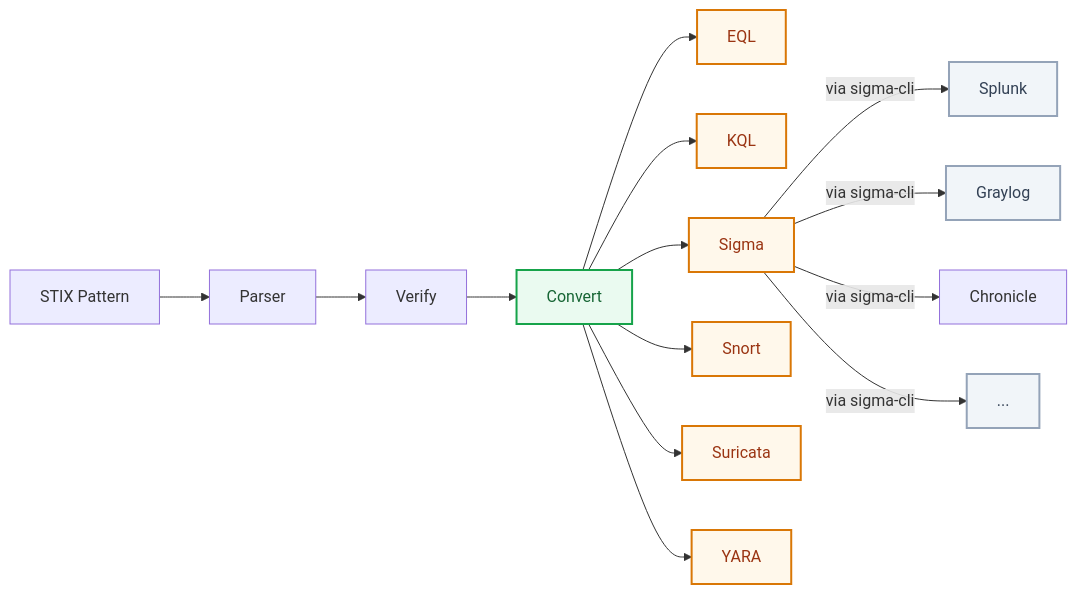
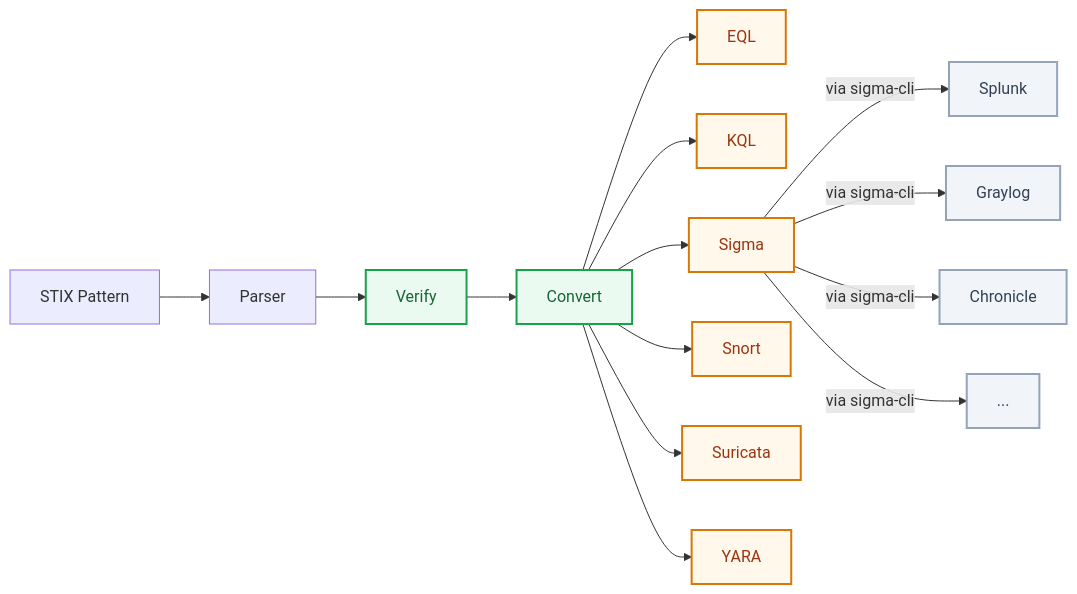
The diagram in README.md (febrezo/spuc), drawn with Mermaid before and after one commit. The commit also changed other lines of this file and 1 other file, not shown here.

````diff
--- a/README.md
+++ b/README.md
@@ -5,25 +5,25 @@
 ```mermaid
 flowchart LR
   A[STIX Pattern] --> B[Parser]
   B --> D[Verify]
   D --> E[Convert]
   E --> F[EQL]
   E --> G[KQL]
   E --> H[Sigma]
   E --> I[Snort]
   E --> J[Suricata]
   E --> K[YARA]
   H -->|via sigma-cli| L[Splunk]
   H -->|via sigma-cli| M[Graylog]
   H -->|via sigma-cli| N[Chronicle]
   H -->|via sigma-cli| Z[...]
 
   classDef stix fill:#edf4ff,stroke:#3b82f6,stroke-width:2px,color:#1e3a8a
   classDef command fill:#eafaf0,stroke:#16a34a,stroke-width:2px,color:#166534
   classDef targets fill:#fff8eb,stroke:#d97706,stroke-width:2px,color:#9a3412
   classDef sigmaTargets fill:#f1f5f9,stroke:#94a3b8,stroke-width:2px,color:#334155
 
-  class C,E command
+  class D,E command
   class F,G,H,I,J,K targets
-  class L,M,Z sigmaTargets
+  class L,M,N,Z sigmaTargets
 ```
````
